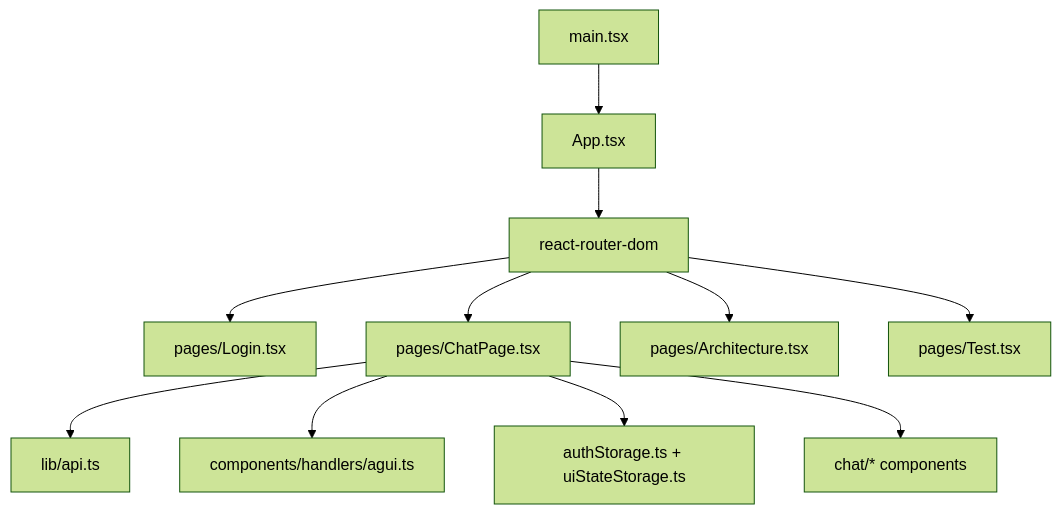
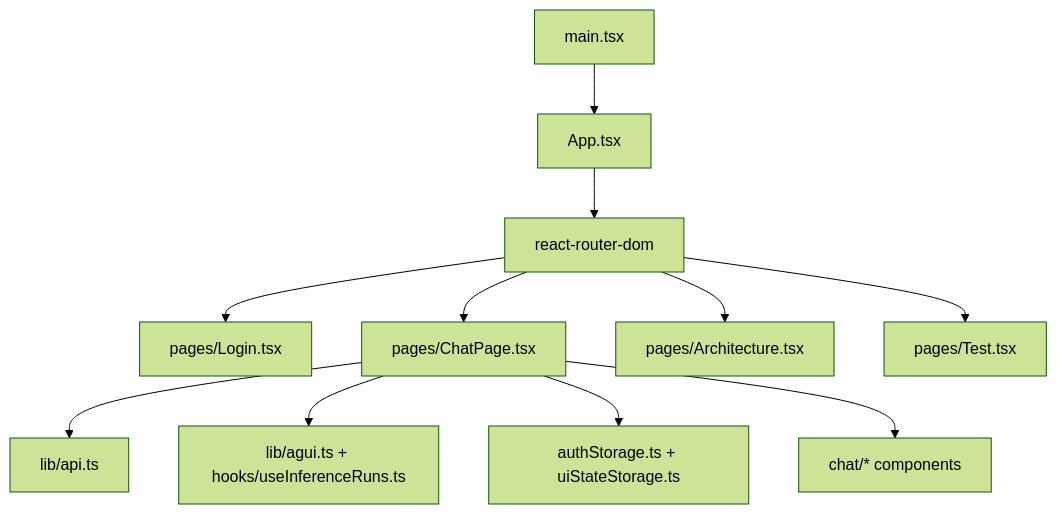
Before and after one commit to konstantinosmpouros/mAgenticX: the second of 9 diagrams in src/agentic_ui/README.md, drawn with Mermaid (forest theme). The commit also changed other lines of this file and 9 other files, not shown here.

````diff
--- a/src/agentic_ui/README.md
+++ b/src/agentic_ui/README.md
@@ -46,25 +46,25 @@
 ```mermaid
 flowchart TD
     Main["main.tsx"]
     App["App.tsx"]
     Router["react-router-dom"]
     Login["pages/Login.tsx"]
     Chat["pages/ChatPage.tsx"]
     Arch["pages/Architecture.tsx"]
     Test["pages/Test.tsx"]
     API["lib/api.ts"]
-    AGUI["components/handlers/agui.ts"]
+    AGUI["lib/agui.ts + hooks/useInferenceRuns.ts"]
     Storage["authStorage.ts + uiStateStorage.ts"]
     UI["chat/* components"]
 
     Main --> App
     App --> Router
     Router --> Login
     Router --> Chat
     Router --> Arch
     Router --> Test
     Chat --> API
     Chat --> AGUI
     Chat --> Storage
     Chat --> UI
 ```
````
